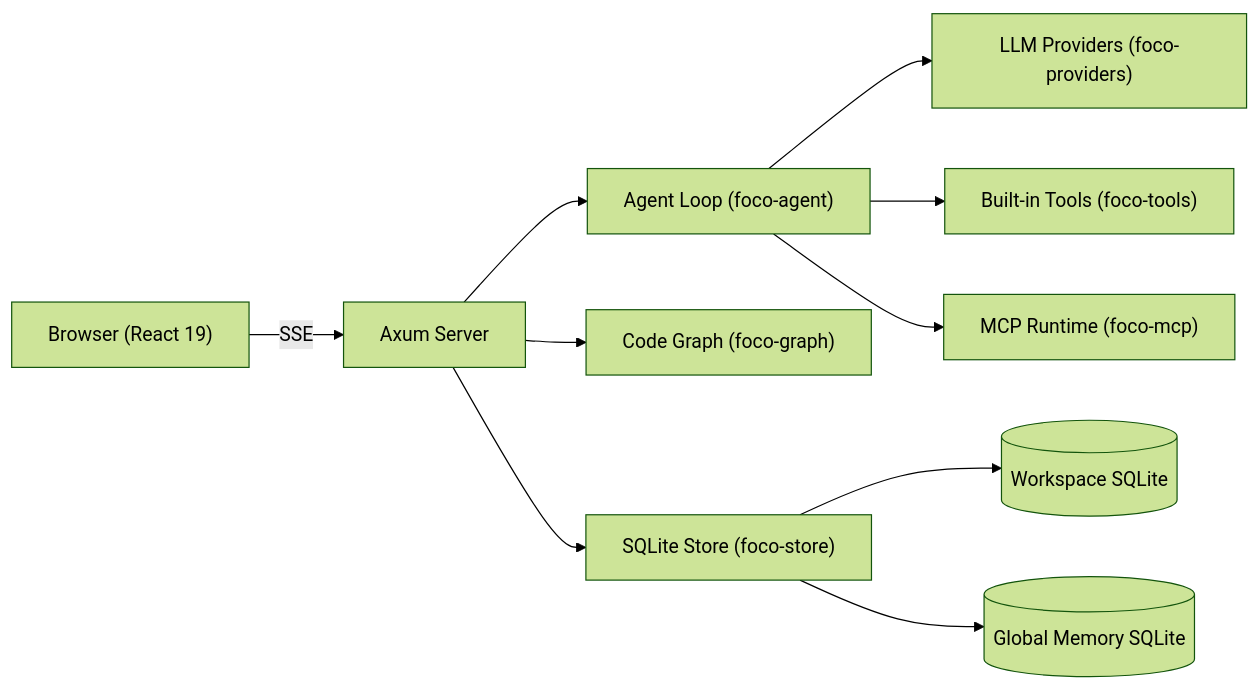
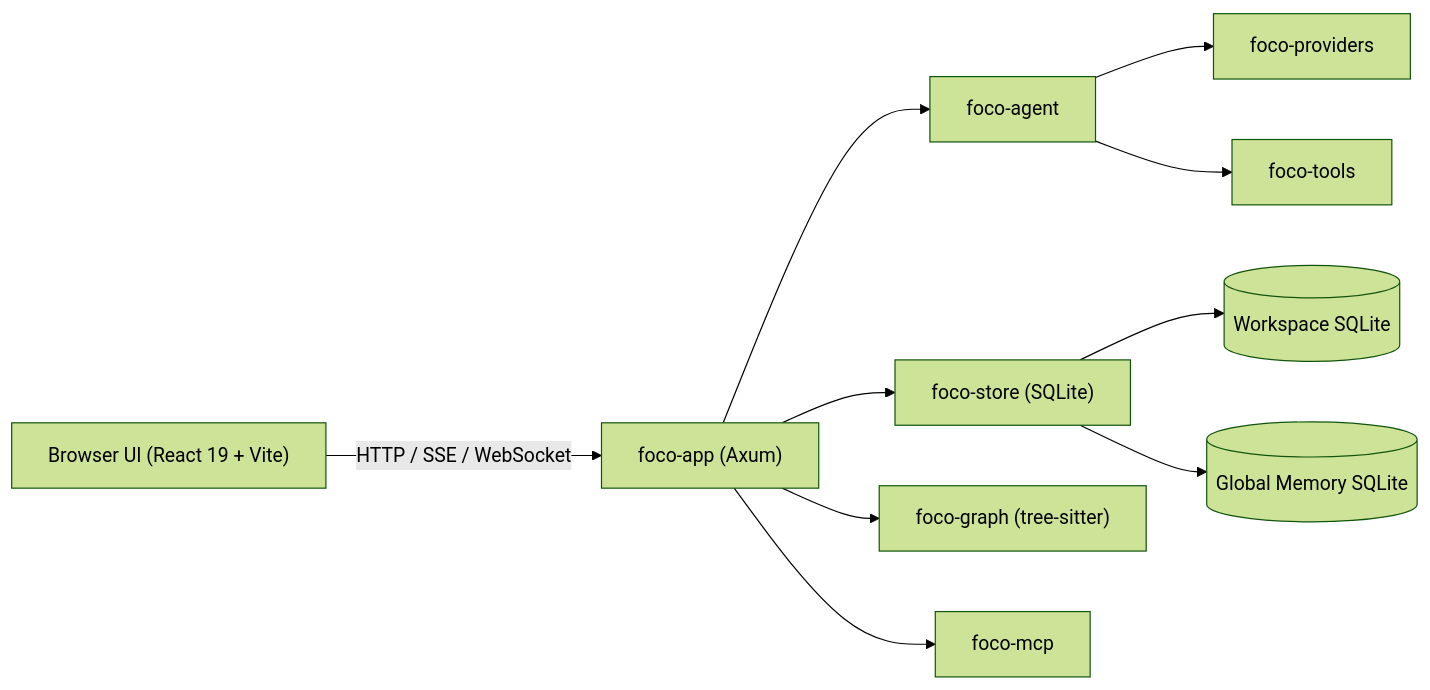
Before and after one commit to fonlan/foco: the diagram in README.md, drawn with Mermaid (forest theme). The commit also changed other lines of this file and 1 other file, not shown here.

````diff
--- a/README.md
+++ b/README.md
@@ -40,12 +37,12 @@
 ```mermaid
 graph LR
-    Browser["Browser (React 19)"] -->|SSE| Backend["Axum Server"]
-    Backend --> Agent["Agent Loop (foco-agent)"]
-    Agent --> Providers["LLM Providers (foco-providers)"]
-    Agent --> Tools["Built-in Tools (foco-tools)"]
-    Agent --> MCP["MCP Runtime (foco-mcp)"]
-    Backend --> Graph["Code Graph (foco-graph)"]
-    Backend --> Store["SQLite Store (foco-store)"]
-    Store --> SQLite[("Workspace SQLite")]
-    Store --> MemDB[("Global Memory SQLite")]
+    Browser["Browser UI (React 19 + Vite)"] -->|HTTP / SSE / WebSocket| App["foco-app (Axum)"]
+    App --> Agent["foco-agent"]
+    App --> Store["foco-store (SQLite)"]
+    App --> Graph["foco-graph (tree-sitter)"]
+    App --> MCP["foco-mcp"]
+    Agent --> Providers["foco-providers"]
+    Agent --> Tools["foco-tools"]
+    Store --> WorkspaceDB[("Workspace SQLite")]
+    Store --> MemoryDB[("Global Memory SQLite")]
 ```
````
